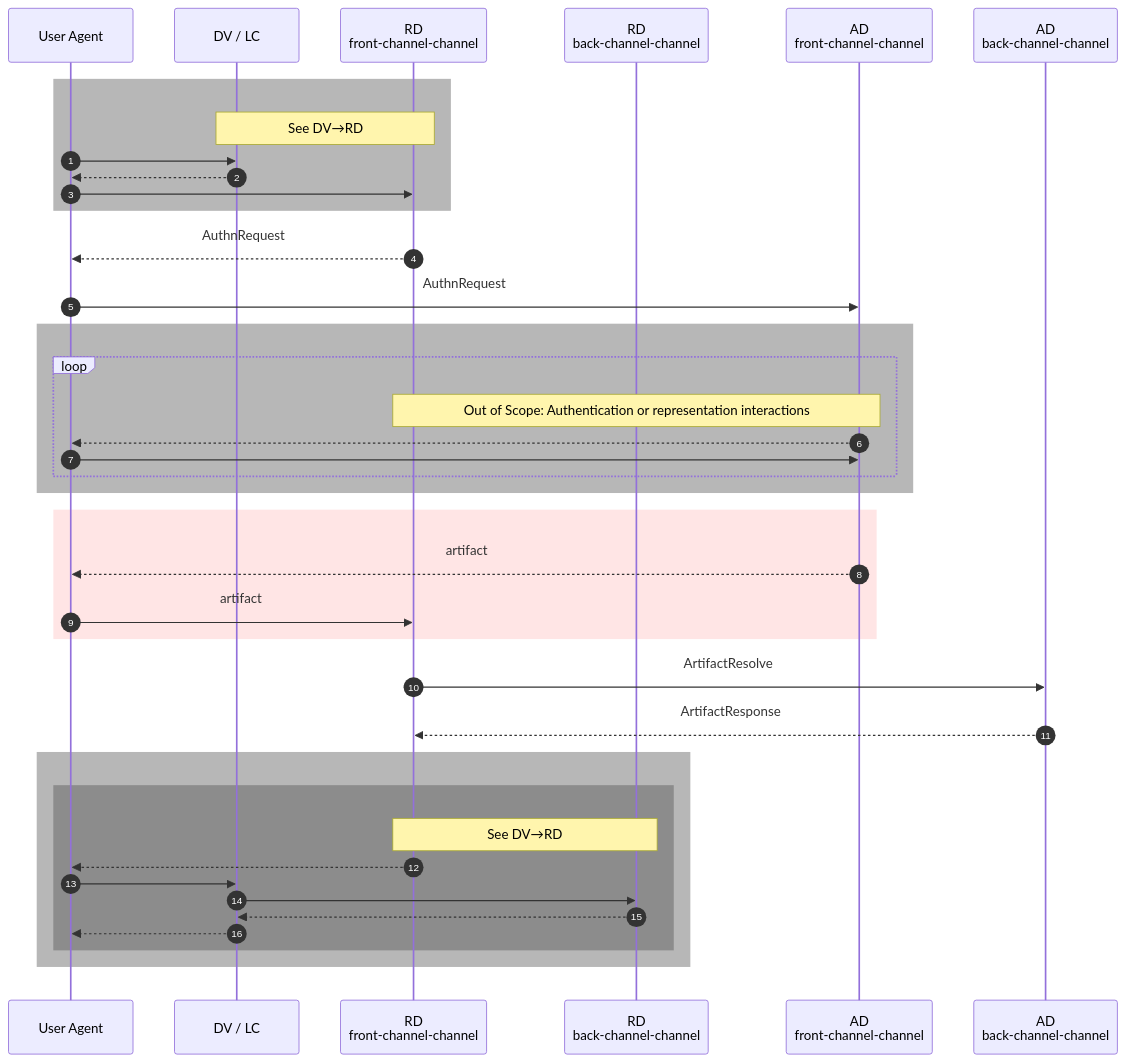
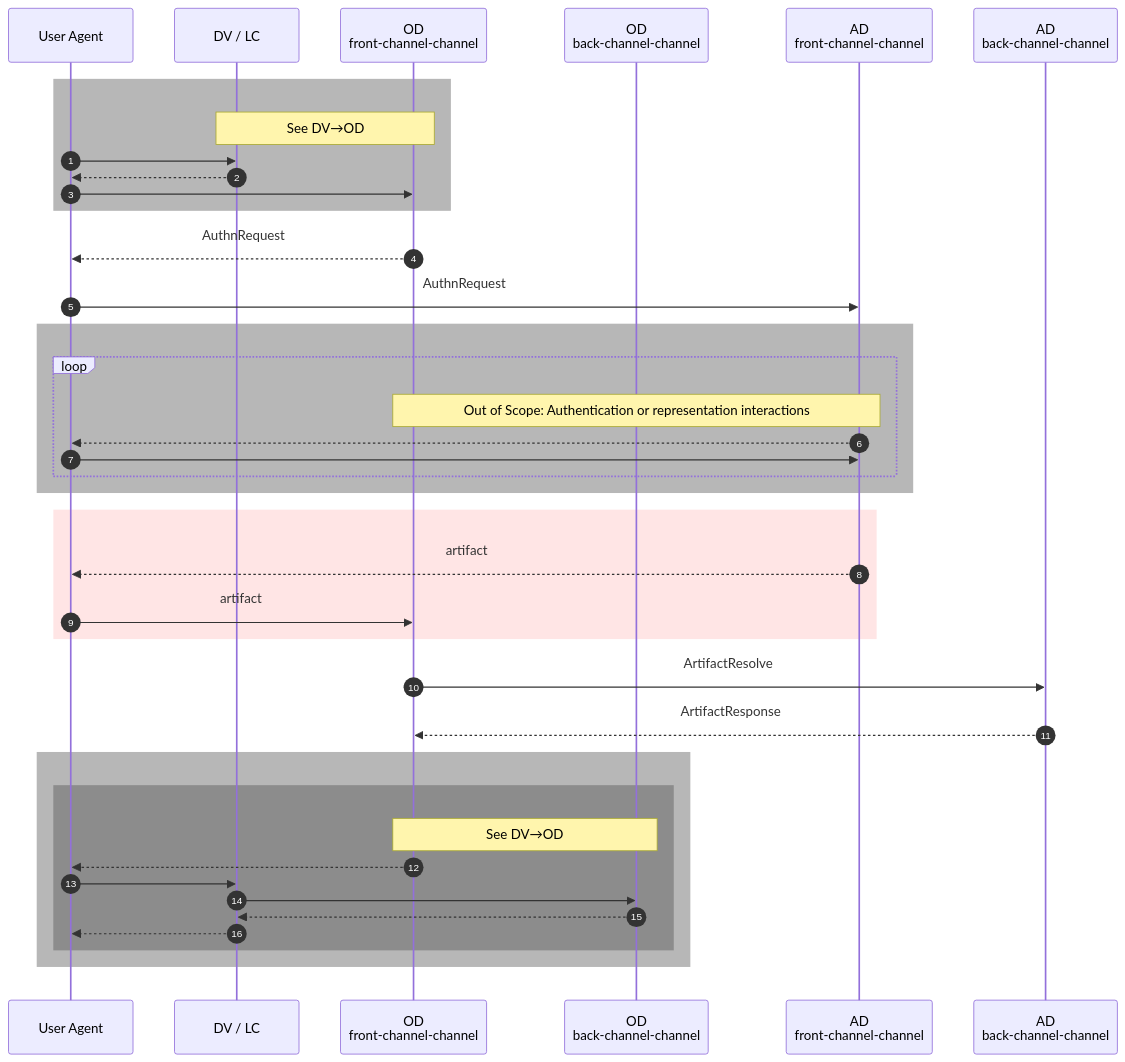
The diagram in media/saml-authentication-flow-rd-ad-bvd-artifact-binding.mermaid (Logius-standaarden/st-saml-spec), drawn with Mermaid before and after one commit. The commit also changed 31 other files, not shown here.

Commit message:
Use OD terminology throughout specification and diagrams

```diff
--- a/media/saml-authentication-flow-rd-ad-bvd-artifact-binding.mermaid
+++ b/media/saml-authentication-flow-rd-ad-bvd-artifact-binding.mermaid
@@ -1,43 +1,43 @@
 %%{init: {
     "themeVariables": {"fontSize": "24px"},
     "sequence": {"boxMargin": 20}
 }}%%
 sequenceDiagram
 autonumber
 participant A as User Agent
 participant B as DV / LC
-participant C as RD <br /> front-channel-channel
-participant D as RD <br /> back-channel-channel
+participant C as OD <br /> front-channel-channel
+participant D as OD <br /> back-channel-channel
 participant E as AD <br /> front-channel-channel
 participant F as AD <br /> back-channel-channel
 rect rgba(75, 75, 75,.4)
-    Note over B,C: See DV#8594;RD
+    Note over B,C: See DV#8594;OD
     A->>B:
     B-->>A:
     A->>C:
 end
 C-->>A: AuthnRequest
 A->>E: AuthnRequest
 rect rgba(75, 75, 75,.4)
     loop
         Note over C,E: Out of Scope: Authentication or representation interactions
         E-->>A:
         A->>E:
     end
 end
 rect rgba(255,0,0,.1)
     E-->>A: artifact
     A->>C: artifact
 end
 C->>F: ArtifactResolve
 F-->>C: ArtifactResponse
 rect rgba(75, 75, 75,.4)
 rect rgba(75, 75, 75,.4)
-    Note over C,D: See DV#8594;RD
+    Note over C,D: See DV#8594;OD
         C-->>A:
         A->>B:
         B->>D:
         D-->>B:
         B-->>A:
 end
 end
```
